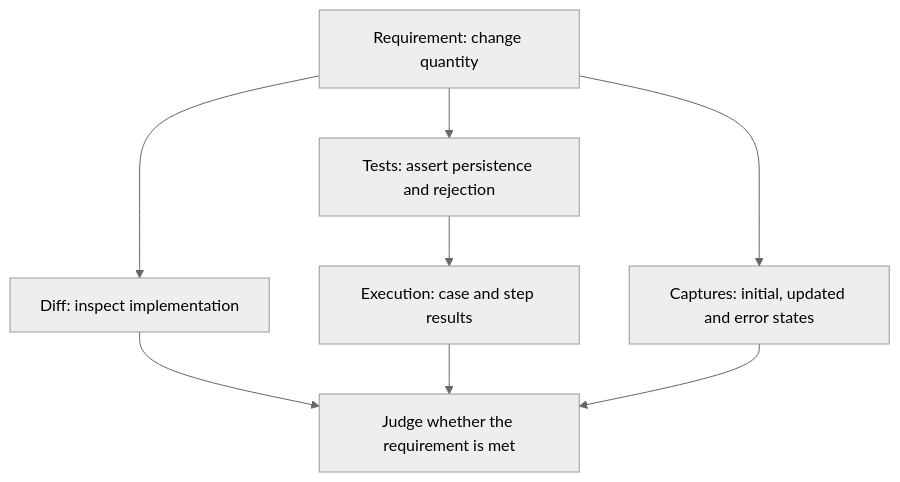
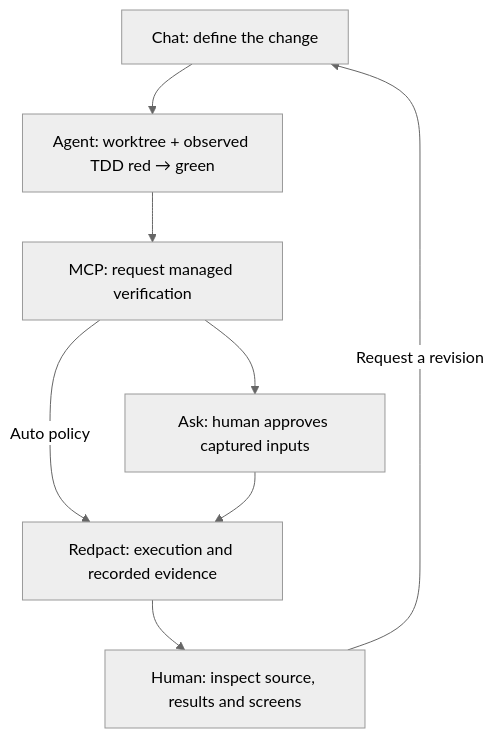
Before and after one commit to wo658/redpact: the diagram in docs/review-workflow.md, drawn with Mermaid (neutral theme). The commit also changed other lines of this file and 181 other files, not shown here.

First line of the commit message:
refactor: center Redpact on chat-driven verification

````diff
--- a/docs/review-workflow.md
+++ b/docs/review-workflow.md
@@ -38,10 +13,10 @@
 ```mermaid
 flowchart TD
-    Q["Requirement: change quantity"] --> D["Diff: inspect implementation"]
-    Q --> T["Tests: assert persistence and rejection"]
-    T --> R["Execution: case and step results"]
-    Q --> C["Captures: initial, updated and error states"]
-    D --> J["Judge whether the requirement is met"]
-    R --> J
-    C --> J
+    C["Chat: define the change"] --> T["Agent: worktree + observed TDD red → green"]
+    T --> M["MCP: request managed verification"]
+    M --> A["Ask: human approves captured inputs"]
+    M -->|"Auto policy"| E["Redpact: execution and recorded evidence"]
+    A --> E
+    E --> H["Human: inspect source, results and screens"]
+    H -->|"Request a revision"| C
 ```
````
